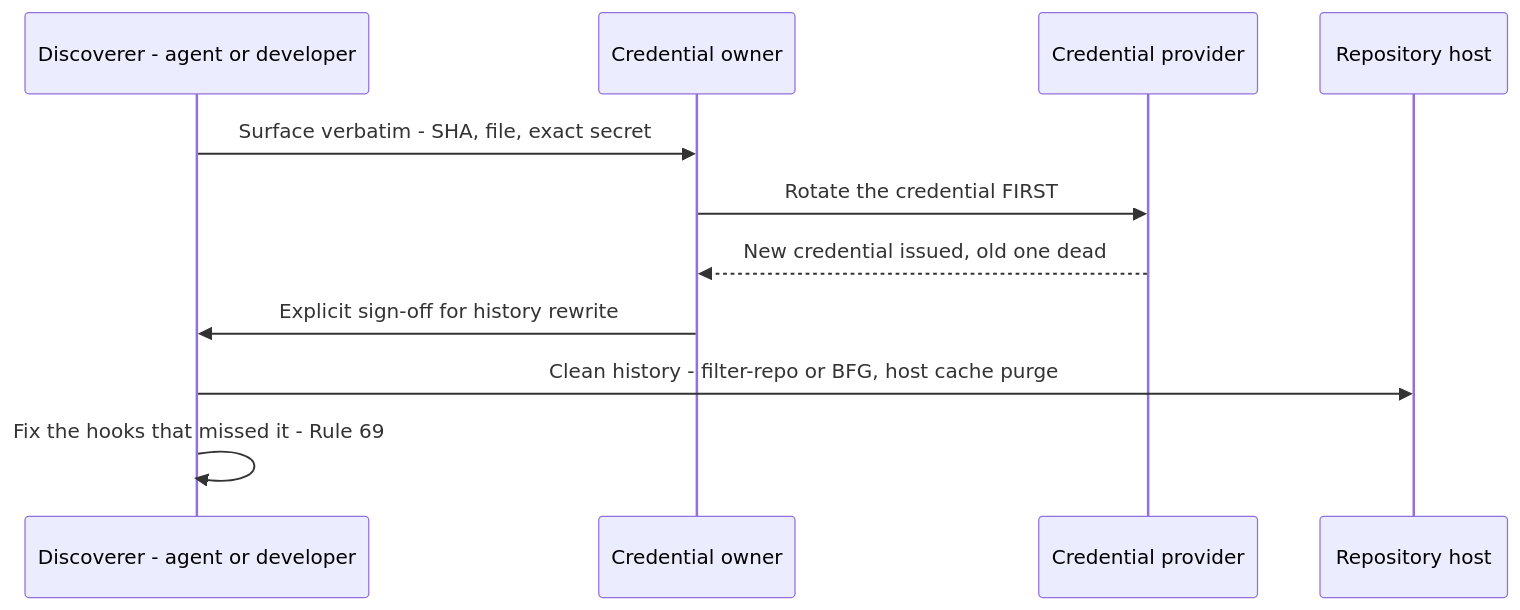
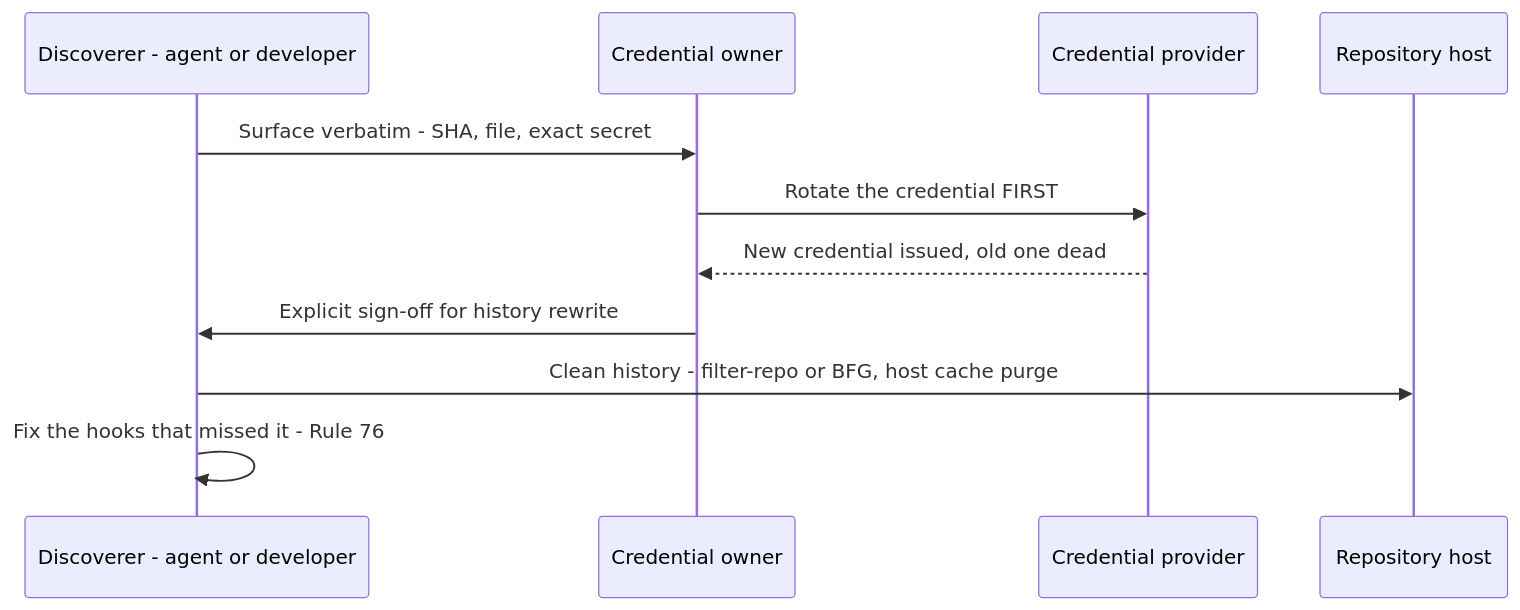
One commit to edhaynes/eds-rules changed the second of 7 diagrams in book/ch04.md. Above: the diagram before and after it, drawn with Mermaid. The commit also changed other lines of this file and 10 other files, not shown here.

````diff
--- a/book/ch04.md
+++ b/book/ch04.md
@@ -124,13 +51,13 @@
 ```mermaid
 sequenceDiagram
     participant D as Discoverer - agent or developer
     participant O as Credential owner
     participant P as Credential provider
     participant R as Repository host
     D->>O: Surface verbatim - SHA, file, exact secret
     O->>P: Rotate the credential FIRST
     P-->>O: New credential issued, old one dead
     O->>D: Explicit sign-off for history rewrite
     D->>R: Clean history - filter-repo or BFG, host cache purge
-    D->>D: Fix the hooks that missed it - Rule 69
+    D->>D: Fix the hooks that missed it - Rule 76
 ```
````
